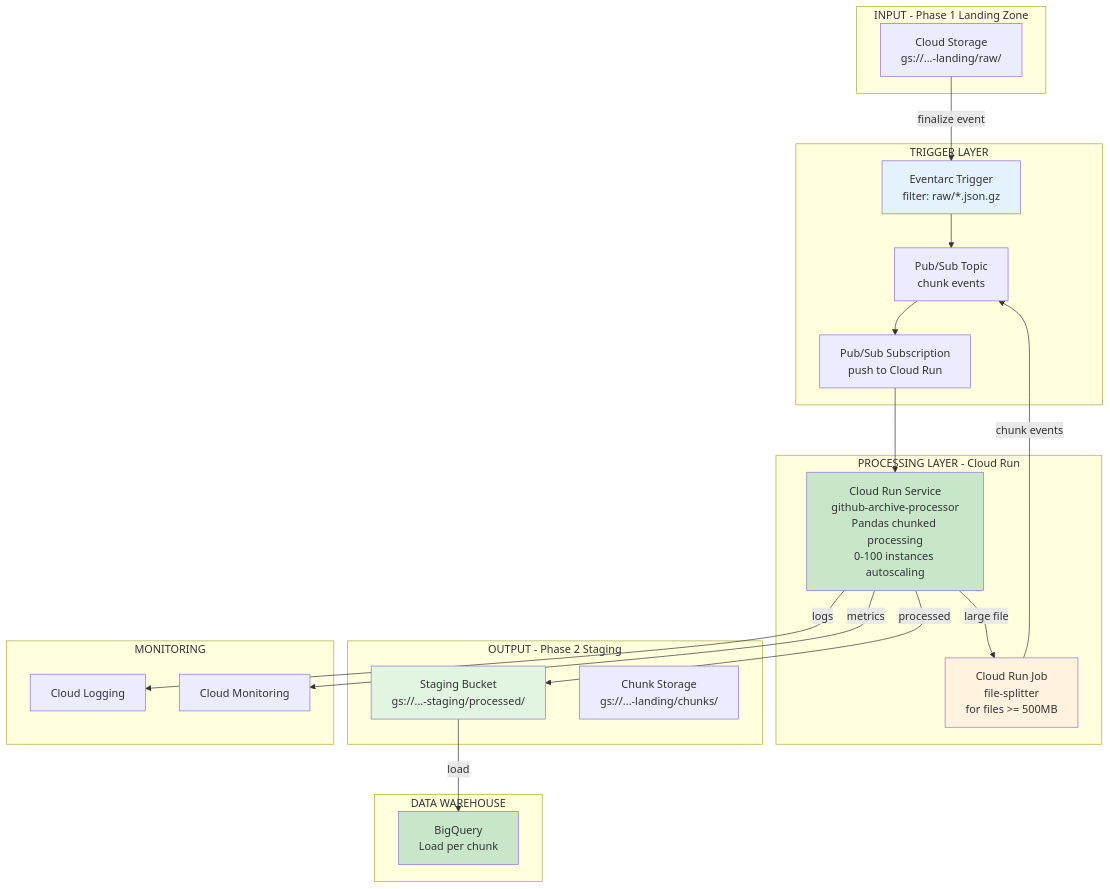
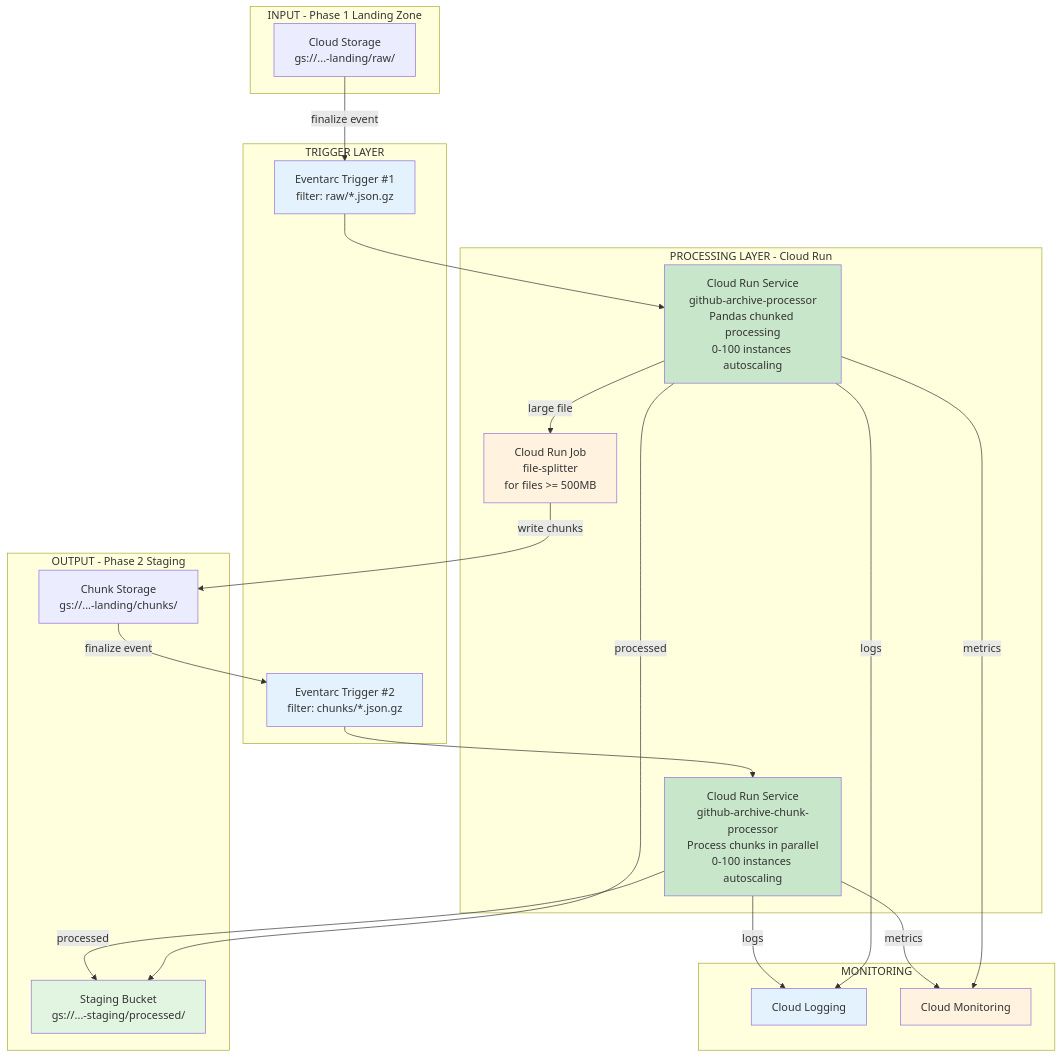
One commit to prateekpanjla-outlook/gcp_data_proc changed the diagram in design/github_archive/phase2_process_files/diagrams/06_component_view.md. Above: the diagram before and after it, drawn with Mermaid. The commit also changed other lines of this file and 56 other files, not shown here.

````diff
--- a/design/github_archive/phase2_process_files/diagrams/06_component_view.md
+++ b/design/github_archive/phase2_process_files/diagrams/06_component_view.md
@@ -3,49 +3,52 @@
 ```mermaid
 graph TB
     subgraph Input["INPUT - Phase 1 Landing Zone"]
         CS[Cloud Storage<br>gs://...-landing/raw/]
     end
 
     subgraph Trigger["TRIGGER LAYER"]
-        EVT[Eventarc Trigger<br>filter: raw/*.json.gz]
-        PUB[Pub/Sub Topic<br>chunk events]
-        SUB[Pub/Sub Subscription<br>push to Cloud Run]
+        EVT1[Eventarc Trigger #1<br>filter: raw/*.json.gz]
+        EVT2[Eventarc Trigger #2<br>filter: chunks/*.json.gz]
     end
 
     subgraph Compute["PROCESSING LAYER - Cloud Run"]
         CRS[Cloud Run Service<br>github-archive-processor<br>Pandas chunked processing<br>0-100 instances autoscaling]
+        CRC[Cloud Run Service<br>github-archive-chunk-processor<br>Process chunks in parallel<br>0-100 instances autoscaling]
         CRJ[Cloud Run Job<br>file-splitter<br>for files >= 500MB]
     end
 
     subgraph Storage["OUTPUT - Phase 2 Staging"]
         STG[Staging Bucket<br>gs://...-staging/processed/]
         CHK[Chunk Storage<br>gs://...-landing/chunks/]
     end
 
-    subgraph BigQuery["DATA WAREHOUSE"]
-        BQ[BigQuery<br>Load per chunk]
-    end
-
     subgraph Monitoring["MONITORING"]
         LOG[Cloud Logging]
         MON[Cloud Monitoring]
     end
 
-    CS -->|finalize event| EVT
-    EVT --> PUB
-    PUB --> SUB
-    SUB --> CRS
+    CS -->|finalize event| EVT1
+    EVT1 --> CRS
 
     CRS -->|large file| CRJ
-    CRJ -->|chunk events| PUB
+    CRJ -->|write chunks| CHK
+    CHK -->|finalize event| EVT2
+    EVT2 --> CRC
+
     CRS -->|processed| STG
-    STG -->|load| BQ
+    CRC -->|processed| STG
+
     CRS -->|logs| LOG
+    CRC -->|logs| LOG
     CRS -->|metrics| MON
+    CRC -->|metrics| MON
 
-    style EVT fill:#e3f2fd
+    style EVT1 fill:#e3f2fd
+    style EVT2 fill:#e3f2fd
     style CRS fill:#c8e6c9
+    style CRC fill:#c8e6c9
     style CRJ fill:#fff3e0
     style STG fill:#e1f5e1
-    style BQ fill:#c8e6c9
+    style LOG fill:#e3f2fd
+    style MON fill:#fff3e0
 ```
````
